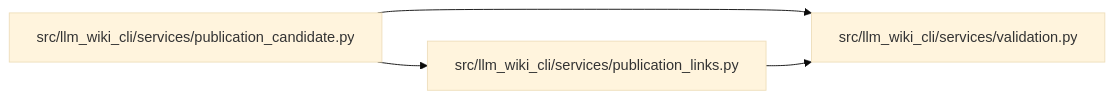
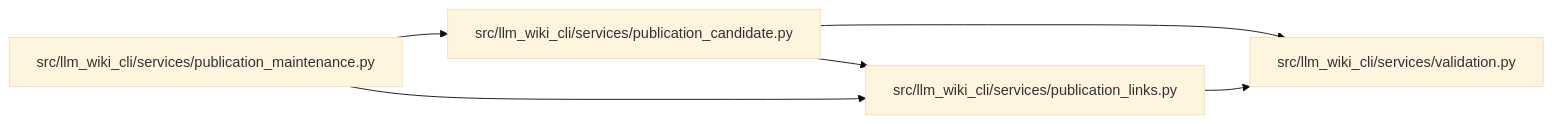
Before and after one commit to Denissvgn/python-wiki-llm: the diagram in docs/llm_wiki/modules/publication_links.md, drawn with Mermaid (base theme). The commit also changed other lines of this file and 375 other files, not shown here.

````diff
--- a/docs/llm_wiki/modules/publication_links.md
+++ b/docs/llm_wiki/modules/publication_links.md
@@ -27,12 +27,16 @@
 ```mermaid
 flowchart LR
     n0["src/llm_wiki_cli/services/publication_candidate.py"]
     n1["src/llm_wiki_cli/services/publication_links.py"]
-    n2["src/llm_wiki_cli/services/validation.py"]
+    n2["src/llm_wiki_cli/services/publication_maintenance.py"]
+    n3["src/llm_wiki_cli/services/validation.py"]
     n0 --> n1
-    n0 --> n2
-    n1 --> n2
+    n0 --> n3
+    n1 --> n3
+    n2 --> n0
+    n2 --> n1
     click n0 "../modules/publication_candidate.md"
     click n1 "../modules/publication_links.md"
-    click n2 "../modules/validation.md"
+    click n2 "../modules/publication_maintenance.md"
+    click n3 "../modules/validation.md"
 ```
````
